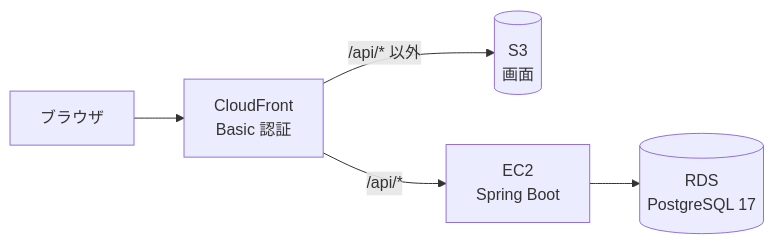
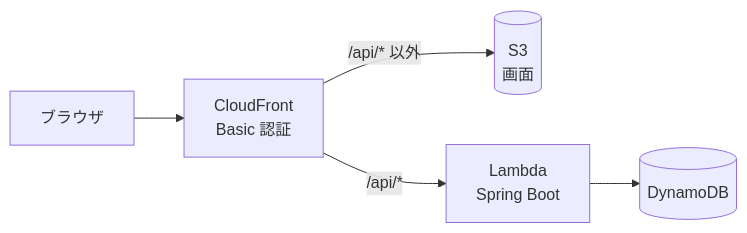
Before and after one commit to mk242329/taskmanagement: the second of 2 diagrams in README.md, drawn with Mermaid. The commit also changed other lines of this file and 52 other files, not shown here.

First line of the commit message:
AWS の構成を無料枠（Lambda・DynamoDB）に収まる形に変える (#44)

````diff
--- a/README.md
+++ b/README.md
@@ -286,7 +288,7 @@
 ```mermaid
 flowchart LR
     Browser[ブラウザ] --> CF[CloudFront<br>Basic 認証]
     CF -- "/api/* 以外" --> S3[(S3<br>画面)]
-    CF -- "/api/*" --> EC2[EC2<br>Spring Boot]
-    EC2 --> RDS[(RDS<br>PostgreSQL 17)]
+    CF -- "/api/*" --> Lambda[Lambda<br>Spring Boot]
+    Lambda --> DDB[(DynamoDB)]
 ```
````
